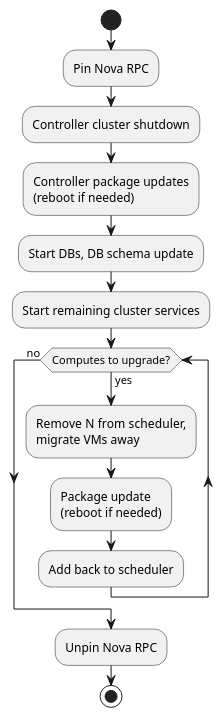
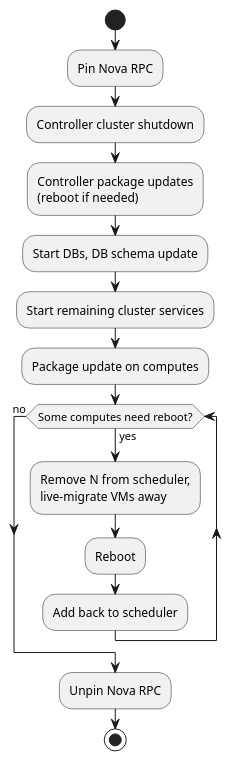
Before and after one commit to jistr/devconf16-updating-live-openstack: the diagram in diagrams/major-upgrade-flow.plantuml, drawn with PlantUML. The commit also changed 3 other files, not shown here.

```diff
--- a/diagrams/major-upgrade-flow.plantuml
+++ b/diagrams/major-upgrade-flow.plantuml
@@ -1,29 +1,31 @@
 @startuml
 
 start
 
 :Pin Nova RPC;
 
 :Controller cluster shutdown;
 
 :Controller package updates\n(reboot if needed);
 
 :Start DBs, DB schema update;
 
 :Start remaining cluster services;
 
-while (Computes to upgrade?) is (yes)
+:Package update on computes;
 
-    :Remove N from scheduler,\nmigrate VMs away;
+while (Some computes need reboot?) is (yes)
 
-    :Package update\n(reboot if needed);
+    :Remove N from scheduler,\nlive-migrate VMs away;
+
+    :Reboot;
 
     :Add back to scheduler;
 
 endwhile (no)
 
 :Unpin Nova RPC;
 
 stop
 
 @enduml
```
